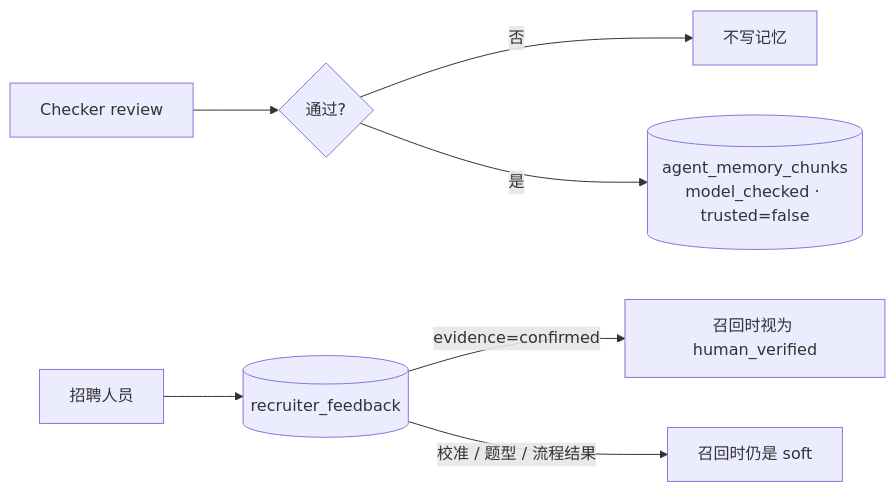
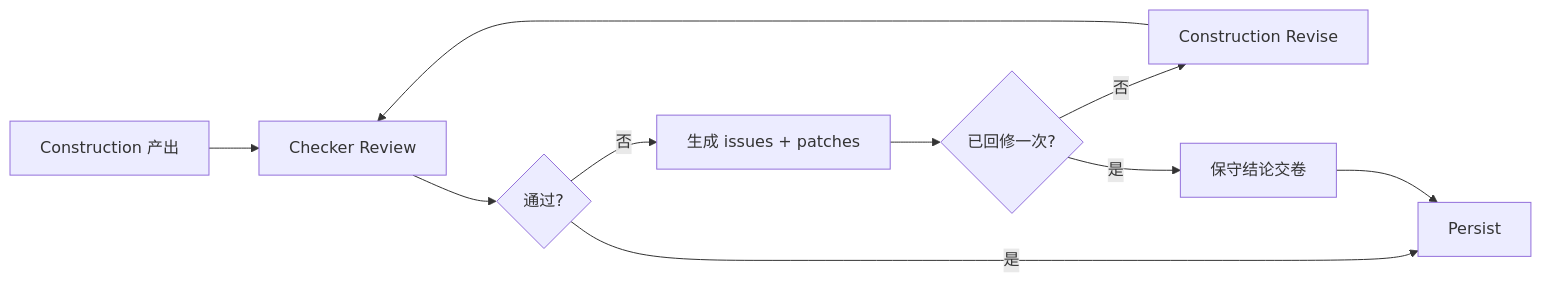
One commit to mengtian-7001/Resume_Agent changed the second of 2 diagrams in README.md. Above: the diagram before and after it, drawn with Mermaid. The commit also changed other lines of this file, not shown here.

````diff
--- a/README.md
+++ b/README.md
@@ -234,9 +153,12 @@
 ```mermaid
 flowchart LR
-  CK[Checker review] --> PASS{通过?}
-  PASS -->|否| SKIP[不写记忆]
-  PASS -->|是| CH[(agent_memory_chunks<br/>model_checked · trusted=false)]
-  H[招聘人员] --> FB[(recruiter_feedback)]
-  FB -->|evidence=confirmed| HV[召回时视为 human_verified]
-  FB -->|校准 / 题型 / 流程结果| SOFT0[召回时仍是 soft]
+  C[Construction 产出] --> K[Checker Review]
+  K --> P{通过?}
+  P -->|是| S[Persist]
+  P -->|否| X[生成 issues + patches]
+  X --> B{已回修一次?}
+  B -->|否| R[Construction Revise]
+  R --> K
+  B -->|是| D[保守结论交卷]
+  D --> S
 ```
````
